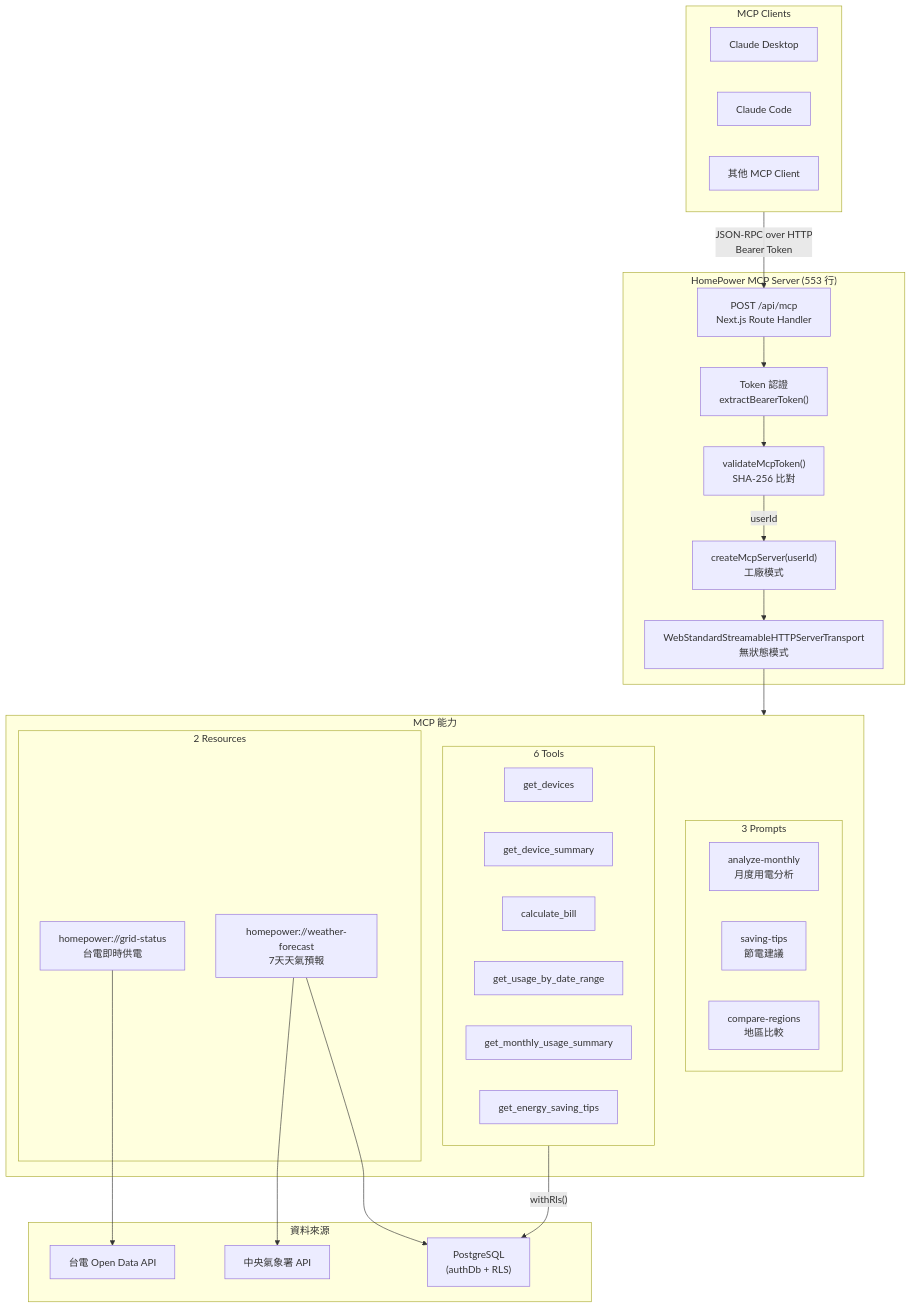
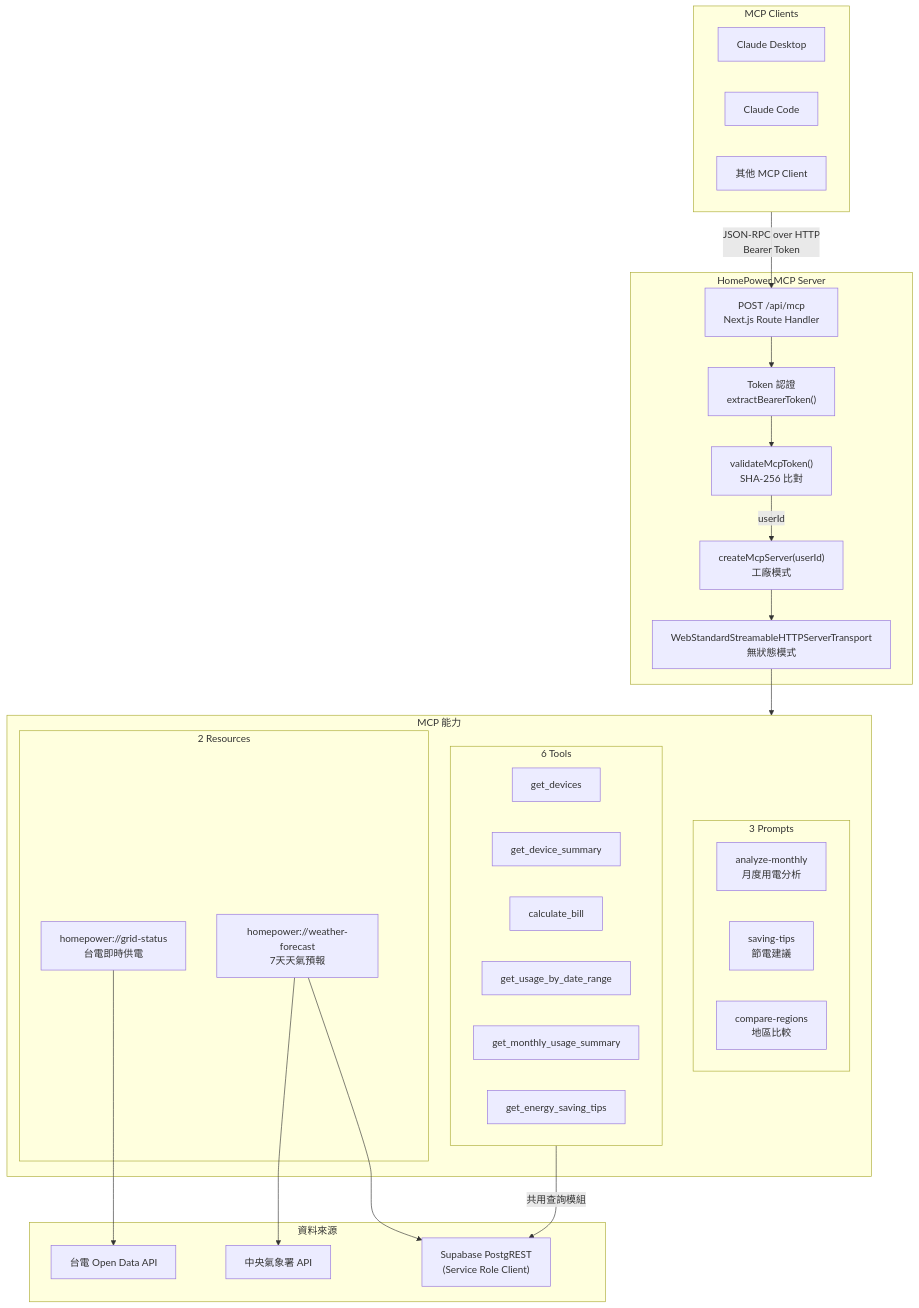
One commit to ahwei/HomePower changed the first of 5 diagrams in docs/mcp-architecture.md. Above: the diagram before and after it, drawn with Mermaid. The commit also changed other lines of this file and 8 other files, not shown here.

````diff
--- a/docs/mcp-architecture.md
+++ b/docs/mcp-architecture.md
@@ -5,52 +5,52 @@
 ```mermaid
 graph TB
     subgraph Clients["MCP Clients"]
         CD["Claude Desktop"]
         CC["Claude Code"]
         OTHER["其他 MCP Client"]
     end
 
-    subgraph Server["HomePower MCP Server (553 行)"]
+    subgraph Server["HomePower MCP Server"]
         ROUTE["POST /api/mcp<br/>Next.js Route Handler"]
         AUTH_MW["Token 認證<br/>extractBearerToken()"]
         VALIDATE["validateMcpToken()<br/>SHA-256 比對"]
         FACTORY["createMcpServer(userId)<br/>工廠模式"]
         TRANSPORT["WebStandardStreamableHTTPServerTransport<br/>無狀態模式"]
     end
 
     subgraph Capabilities["MCP 能力"]
         subgraph ToolsGroup["6 Tools"]
             MT1["get_devices"]
             MT2["get_device_summary"]
             MT3["calculate_bill"]
             MT4["get_usage_by_date_range"]
             MT5["get_monthly_usage_summary"]
             MT6["get_energy_saving_tips"]
         end
         subgraph Resources["2 Resources"]
             MR1["homepower://grid-status<br/>台電即時供電"]
             MR2["homepower://weather-forecast<br/>7天天氣預報"]
         end
         subgraph Prompts["3 Prompts"]
             MP1["analyze-monthly<br/>月度用電分析"]
             MP2["saving-tips<br/>節電建議"]
             MP3["compare-regions<br/>地區比較"]
         end
     end
 
     subgraph Data["資料來源"]
-        PG["PostgreSQL<br/>(authDb + RLS)"]
+        SB["Supabase PostgREST<br/>(Service Role Client)"]
         TPC["台電 Open Data API"]
         CWA["中央氣象署 API"]
     end
 
     Clients -- "JSON-RPC over HTTP<br/>Bearer Token" --> ROUTE
     ROUTE --> AUTH_MW --> VALIDATE
     VALIDATE -- "userId" --> FACTORY
     FACTORY --> TRANSPORT
     TRANSPORT --> Capabilities
-    ToolsGroup -- "withRls()" --> PG
+    ToolsGroup -- "共用查詢模組" --> SB
     MR1 --> TPC
-    MR2 --> PG
+    MR2 --> SB
     MR2 --> CWA
 ```
````
